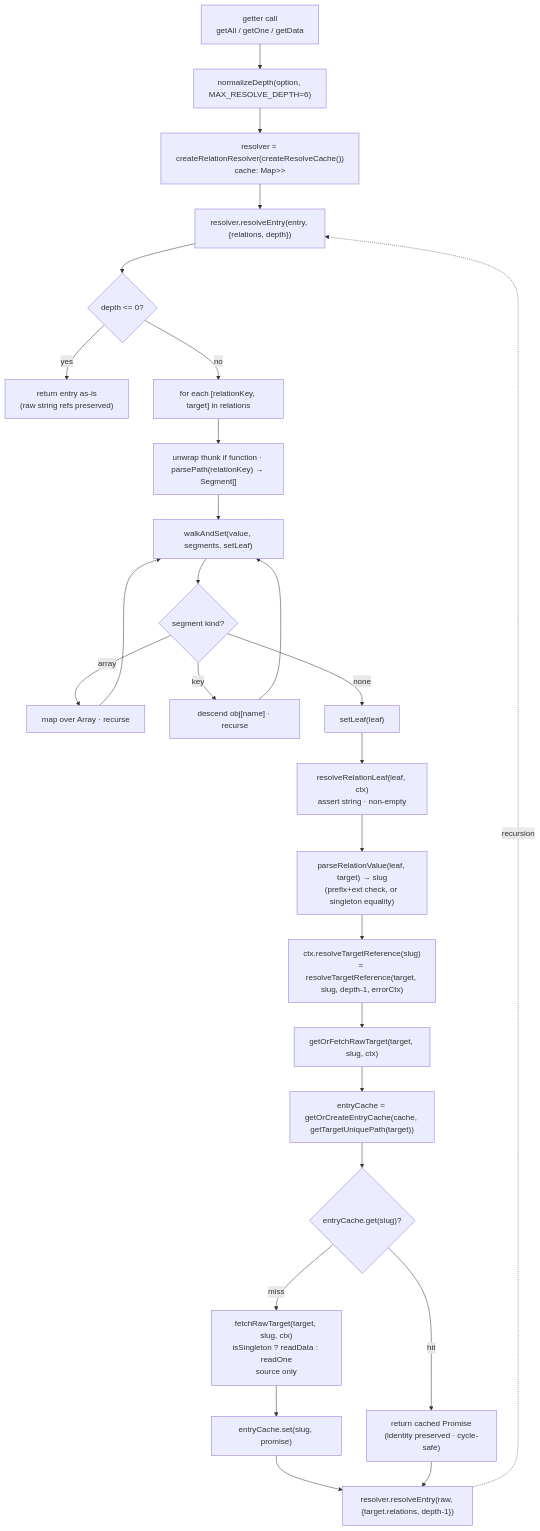
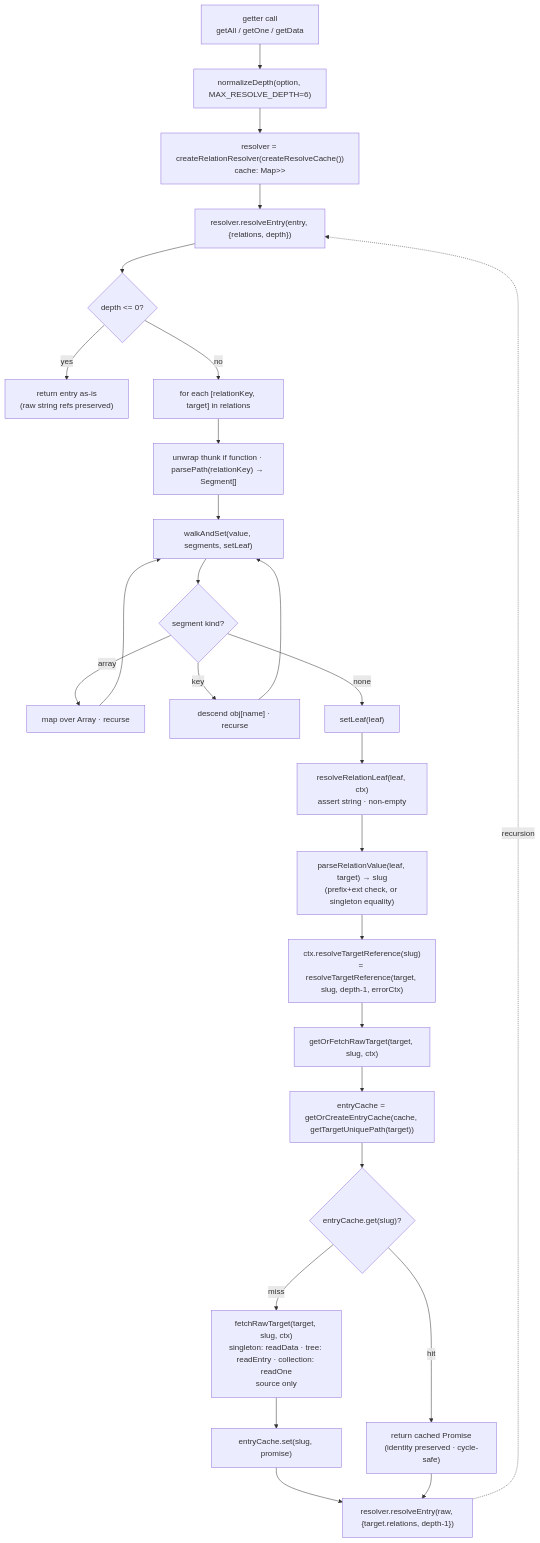
One commit to CharlyMartin/qino changed the first of 2 diagrams in specs/05-relationships.md. Above: the diagram before and after it, drawn with Mermaid. The commit also changed other lines of this file and 23 other files, not shown here.

````diff
--- a/specs/05-relationships.md
+++ b/specs/05-relationships.md
@@ -119,29 +125,29 @@
 ```mermaid
 flowchart TD
     A["getter call<br/>getAll / getOne / getData"] --> B["normalizeDepth(option, MAX_RESOLVE_DEPTH=6)"]
     B --> C["resolver = createRelationResolver(createResolveCache())<br/>cache: Map<targetPath, Map<slug, Promise<AnyEntry>>>"]
     C --> E["resolver.resolveEntry(entry, {relations, depth})"]
     E --> E0{"depth <= 0?"}
     E0 -- yes --> Z["return entry as-is<br/>(raw string refs preserved)"]
     E0 -- no --> F["for each [relationKey, target] in relations"]
     F --> G["unwrap thunk if function · parsePath(relationKey) → Segment[]"]
     G --> I["walkAndSet(value, segments, setLeaf)"]
     I --> J{"segment kind?"}
     J -- array --> K["map over Array<T> · recurse"]
     J -- key --> L["descend obj[name] · recurse"]
     J -- none --> M["setLeaf(leaf)"]
     K --> I
     L --> I
     M --> N["resolveRelationLeaf(leaf, ctx)<br/>assert string · non-empty"]
     N --> O["parseRelationValue(leaf, target) → slug<br/>(prefix+ext check, or singleton equality)"]
     O --> P["ctx.resolveTargetReference(slug)<br/>= resolveTargetReference(target, slug, depth-1, errorCtx)"]
     P --> Q["getOrFetchRawTarget(target, slug, ctx)"]
     Q --> Q1["entryCache = getOrCreateEntryCache(cache, getTargetUniquePath(target))"]
     Q1 --> Q2{"entryCache.get(slug)?"}
     Q2 -- hit --> R["return cached Promise<AnyEntry><br/>(identity preserved · cycle-safe)"]
-    Q2 -- miss --> S["fetchRawTarget(target, slug, ctx)<br/>isSingleton ? readData : readOne<br/>source only"]
+    Q2 -- miss --> S["fetchRawTarget(target, slug, ctx)<br/>singleton: readData · tree: readEntry · collection: readOne<br/>source only"]
     S --> T["entryCache.set(slug, promise)"]
     T --> U["resolver.resolveEntry(raw, {target.relations, depth-1})"]
     R --> U
     U -. recursion .-> E
 ```
````
